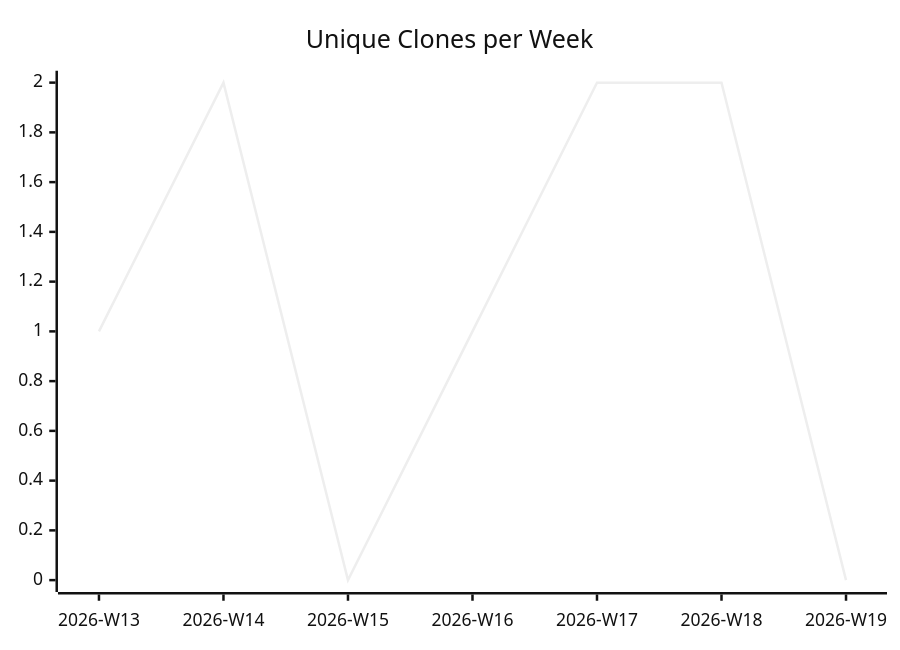
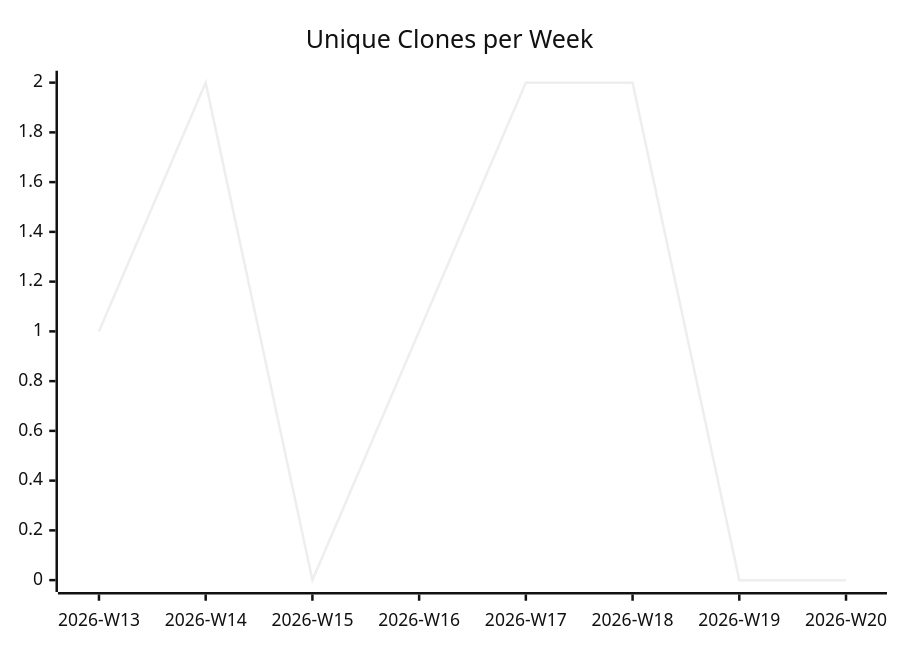
Before and after one commit to justdavis-family/github-analytics-data: the third of 3 diagrams in karlmdavis/hapi-fhir-jpaserver-starter/README.md, drawn with Mermaid (neutral theme). The commit also changed other lines of this file and 176 other files, not shown here.

````diff
--- a/karlmdavis/hapi-fhir-jpaserver-starter/README.md
+++ b/karlmdavis/hapi-fhir-jpaserver-starter/README.md
@@ -19,6 +19,6 @@
 ```mermaid
 xychart-beta
   title "Unique Clones per Week"
-  x-axis ["2026-W13", "2026-W14", "2026-W15", "2026-W16", "2026-W17", "2026-W18", "2026-W19"]
-  line [1, 2, 0, 1, 2, 2, 0]
+  x-axis ["2026-W13", "2026-W14", "2026-W15", "2026-W16", "2026-W17", "2026-W18", "2026-W19", "2026-W20"]
+  line [1, 2, 0, 1, 2, 2, 0, 0]
 ```
````
